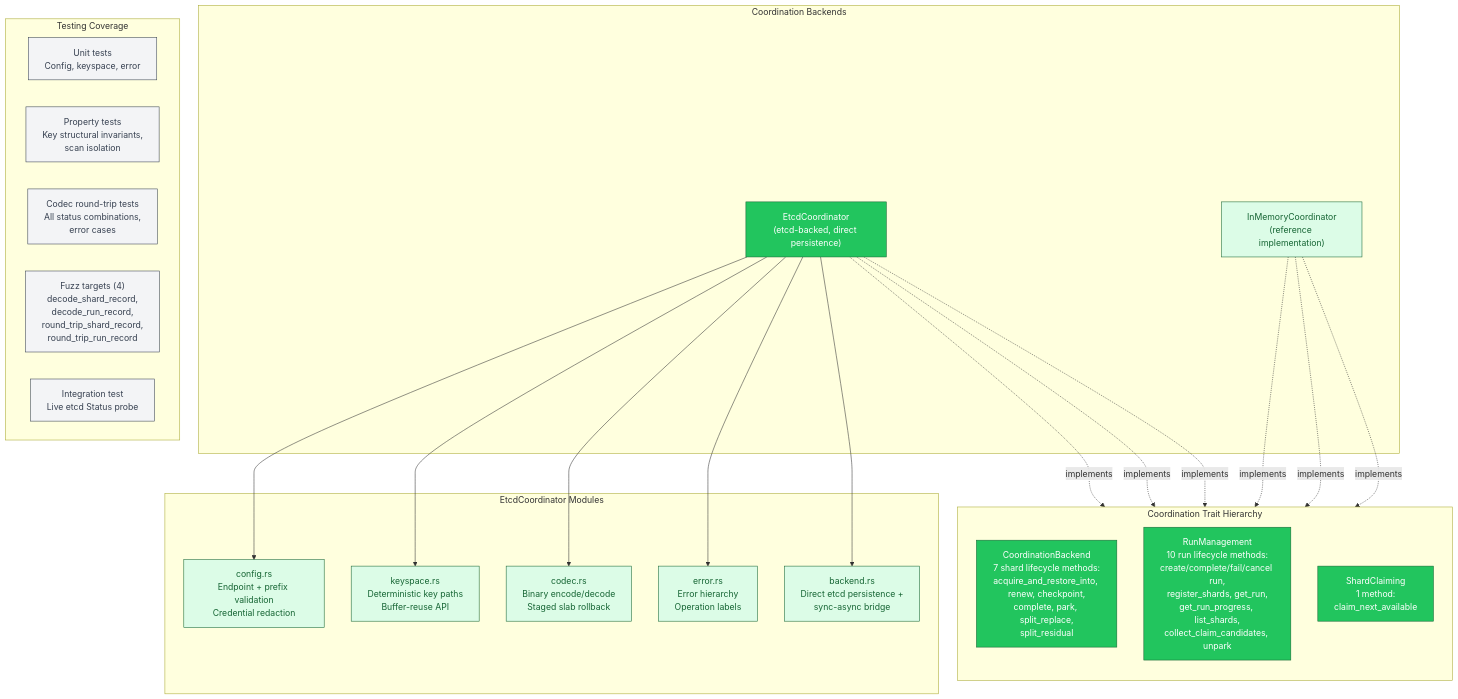
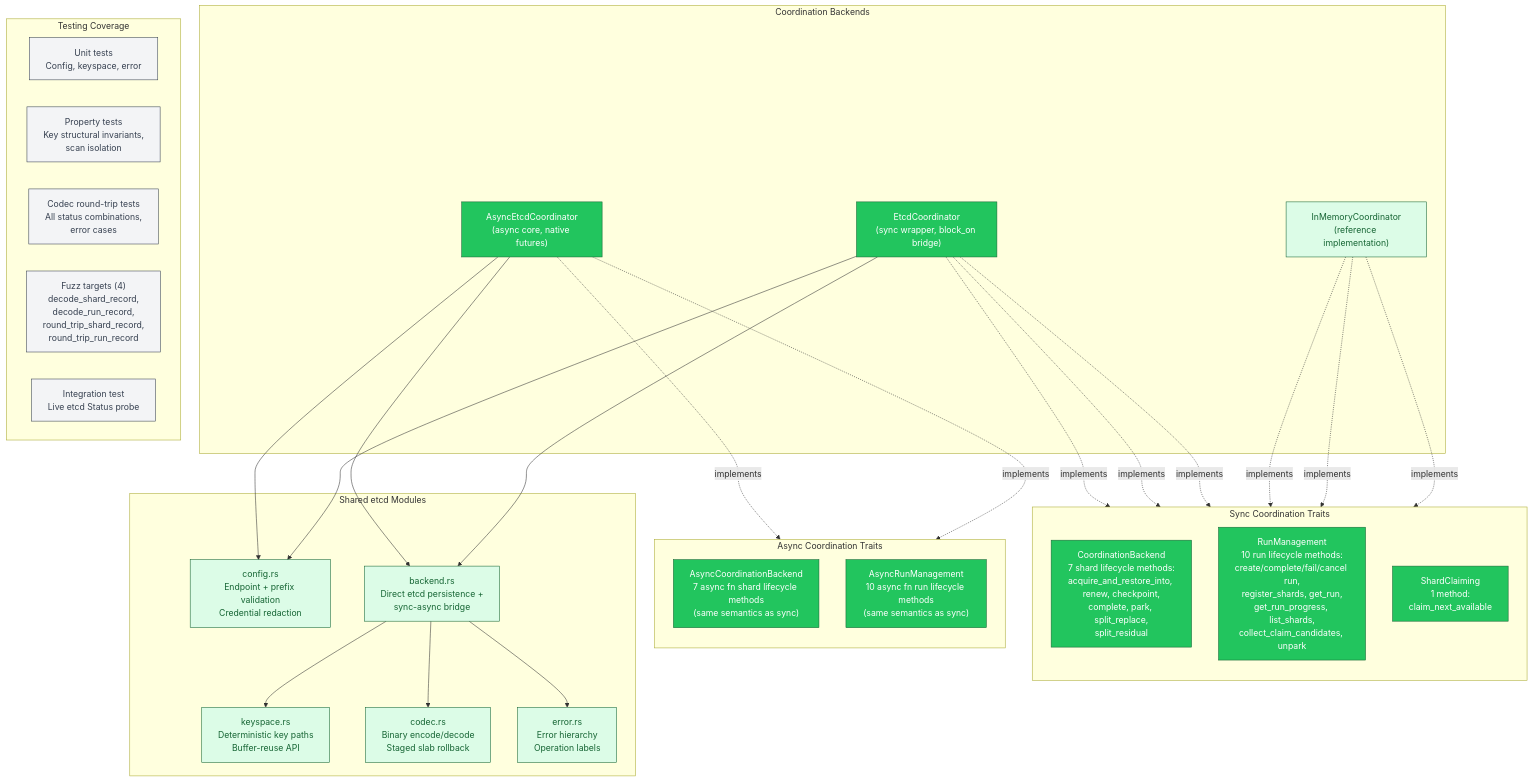
One commit to ahrav/Gossip-rs changed the sixth of 6 diagrams in diagrams/20-etcd-coordinator-persistence.md. Above: the diagram before and after it, drawn with Mermaid. The commit also changed other lines of this file and 18 other files, not shown here.

First line of the commit message:
Break up etcd backend into modular coordinate/run/shard files

````diff
--- a/diagrams/20-etcd-coordinator-persistence.md
+++ b/diagrams/20-etcd-coordinator-persistence.md
@@ -409,64 +439,80 @@
 ```mermaid
 %% Diagram: etcd-trait-integration
 graph TB
-    subgraph traits ["Coordination Trait Hierarchy"]
+    subgraph sync_traits ["Sync Coordination Traits"]
         direction TB
         CB_TRAIT["CoordinationBackend<br/>7 shard lifecycle methods:<br/>acquire_and_restore_into, renew, checkpoint,<br/>complete, park, split_replace,<br/>split_residual"]
         RM_TRAIT["RunManagement<br/>10 run lifecycle methods:<br/>create/complete/fail/cancel run,<br/>register_shards, get_run,<br/>get_run_progress, list_shards,<br/>collect_claim_candidates, unpark"]
         SC_TRAIT["ShardClaiming<br/>1 method:<br/>claim_next_available"]
     end
 
+    subgraph async_traits ["Async Coordination Traits"]
+        direction TB
+        ACB_TRAIT["AsyncCoordinationBackend<br/>7 async fn shard lifecycle methods<br/>(same semantics as sync)"]
+        ARM_TRAIT["AsyncRunManagement<br/>10 async fn run lifecycle methods<br/>(same semantics as sync)"]
+    end
+
     subgraph backends ["Coordination Backends"]
         INMEM_BACK["InMemoryCoordinator<br/>(reference implementation)"]
-        ETCD_BACK["EtcdCoordinator<br/>(etcd-backed, direct persistence)"]
+        ETCD_BACK["EtcdCoordinator<br/>(sync wrapper, block_on bridge)"]
+        ASYNC_ETCD_BACK["AsyncEtcdCoordinator<br/>(async core, native futures)"]
     end
 
-    subgraph etcd_modules ["EtcdCoordinator Modules"]
+    subgraph etcd_modules ["Shared etcd Modules"]
         MOD_CONFIG["config.rs<br/>Endpoint + prefix validation<br/>Credential redaction"]
         MOD_KS["keyspace.rs<br/>Deterministic key paths<br/>Buffer-reuse API"]
         MOD_CODEC["codec.rs<br/>Binary encode/decode<br/>Staged slab rollback"]
         MOD_ERR["error.rs<br/>Error hierarchy<br/>Operation labels"]
         MOD_BACK["backend.rs<br/>Direct etcd persistence +<br/>sync-async bridge"]
     end
 
     subgraph testing ["Testing Coverage"]
         UNIT["Unit tests<br/>Config, keyspace, error"]
         PROP["Property tests<br/>Key structural invariants,<br/>scan isolation"]
         CODEC_TEST["Codec round-trip tests<br/>All status combinations,<br/>error cases"]
         FUZZ["Fuzz targets (4)<br/>decode_shard_record,<br/>decode_run_record,<br/>round_trip_shard_record,<br/>round_trip_run_record"]
         INTEG["Integration test<br/>Live etcd Status probe"]
     end
 
     INMEM_BACK -.->|"implements"| CB_TRAIT
     INMEM_BACK -.->|"implements"| RM_TRAIT
     INMEM_BACK -.->|"implements"| SC_TRAIT
 
     ETCD_BACK -.->|"implements"| CB_TRAIT
     ETCD_BACK -.->|"implements"| RM_TRAIT
     ETCD_BACK -.->|"implements"| SC_TRAIT
 
+    ASYNC_ETCD_BACK -.->|"implements"| ACB_TRAIT
+    ASYNC_ETCD_BACK -.->|"implements"| ARM_TRAIT
+
     ETCD_BACK --> MOD_CONFIG
-    ETCD_BACK --> MOD_KS
-    ETCD_BACK --> MOD_CODEC
-    ETCD_BACK --> MOD_ERR
     ETCD_BACK --> MOD_BACK
+    ASYNC_ETCD_BACK --> MOD_CONFIG
+    ASYNC_ETCD_BACK --> MOD_BACK
+
+    MOD_BACK --> MOD_KS
+    MOD_BACK --> MOD_CODEC
+    MOD_BACK --> MOD_ERR
 
     style CB_TRAIT fill:#22C55E,stroke:#166534,color:#FFF
     style RM_TRAIT fill:#22C55E,stroke:#166534,color:#FFF
     style SC_TRAIT fill:#22C55E,stroke:#166534,color:#FFF
+    style ACB_TRAIT fill:#22C55E,stroke:#166534,color:#FFF
+    style ARM_TRAIT fill:#22C55E,stroke:#166534,color:#FFF
 
     style INMEM_BACK fill:#DCFCE7,stroke:#166534,color:#166534
     style ETCD_BACK fill:#22C55E,stroke:#166534,color:#FFF
+    style ASYNC_ETCD_BACK fill:#22C55E,stroke:#166534,color:#FFF
 
     style MOD_CONFIG fill:#DCFCE7,stroke:#166534,color:#166534
     style MOD_KS fill:#DCFCE7,stroke:#166534,color:#166534
     style MOD_CODEC fill:#DCFCE7,stroke:#166534,color:#166534
     style MOD_ERR fill:#DCFCE7,stroke:#166534,color:#166534
     style MOD_BACK fill:#DCFCE7,stroke:#166534,color:#166534
 
     style UNIT fill:#F3F4F6,stroke:#374151,color:#374151
     style PROP fill:#F3F4F6,stroke:#374151,color:#374151
     style CODEC_TEST fill:#F3F4F6,stroke:#374151,color:#374151
     style FUZZ fill:#F3F4F6,stroke:#374151,color:#374151
     style INTEG fill:#F3F4F6,stroke:#374151,color:#374151
 ```
````
